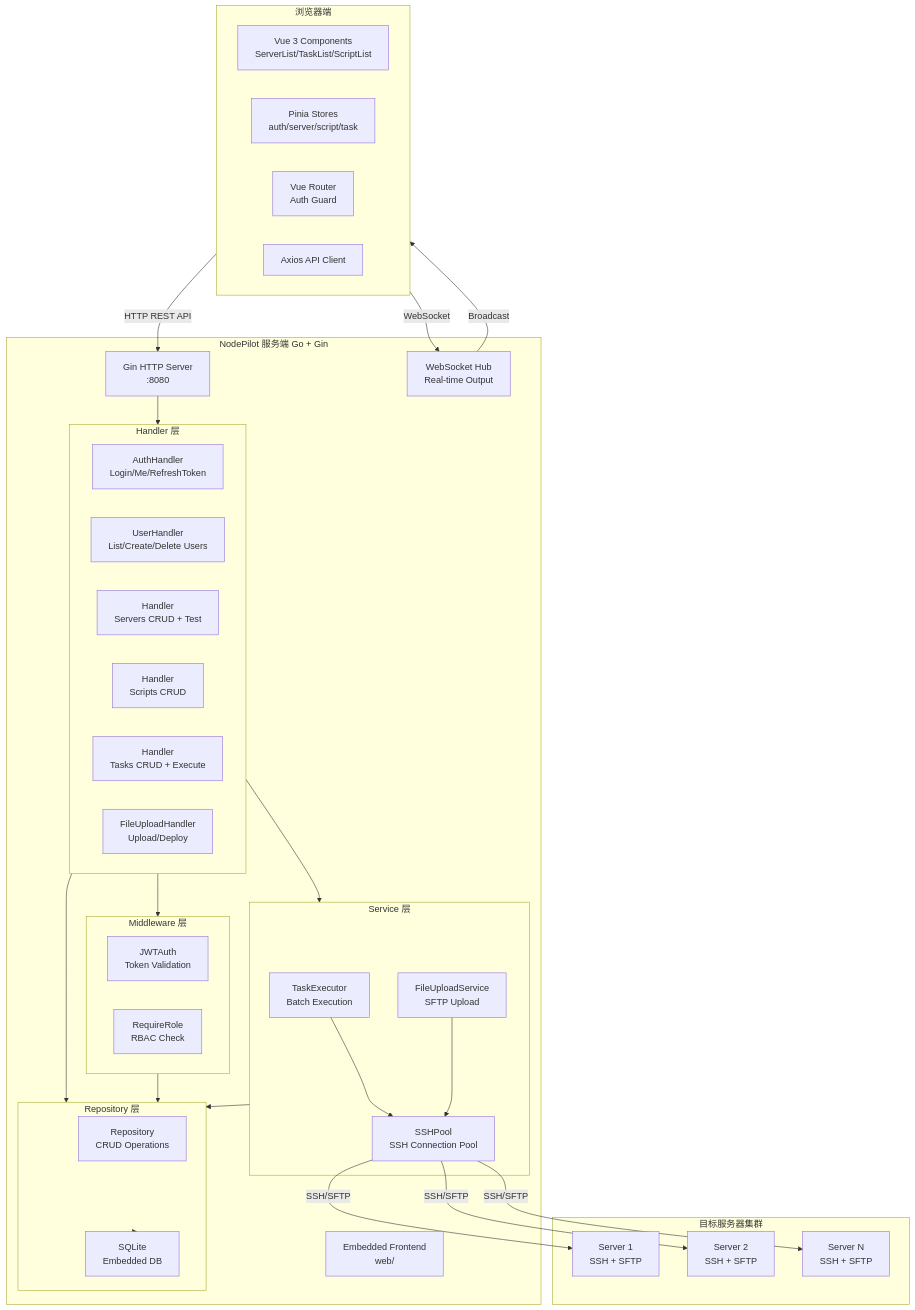
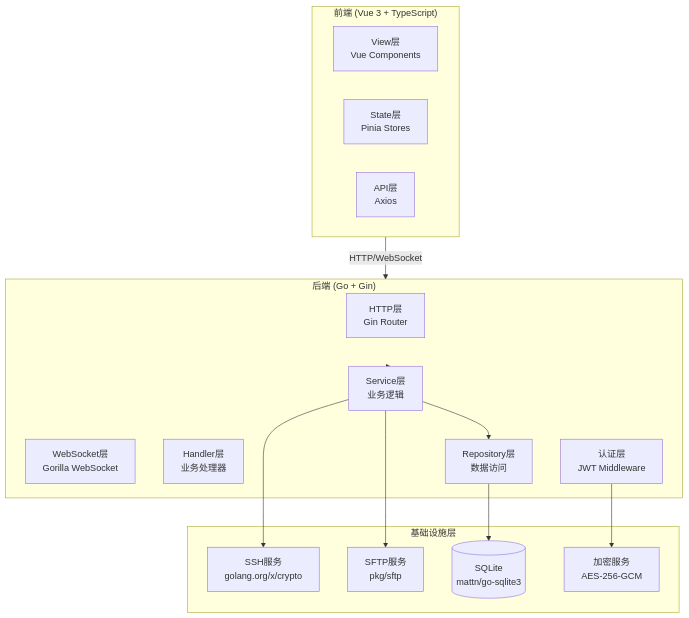
The first of 8 diagrams in docs/modules/node-pilot.md (gcggcg/node-pilot), drawn with Mermaid before and after one commit. The commit also changed other lines of this file and 35 other files, not shown here.

````diff
--- a/docs/modules/node-pilot.md
+++ b/docs/modules/node-pilot.md
@@ -68,62 +19,32 @@
 ```mermaid
 graph TB
-    subgraph Browser["浏览器端"]
-        UI["Vue 3 Components<br/>ServerList/TaskList/ScriptList"]
-        Store["Pinia Stores<br/>auth/server/script/task"]
-        Router["Vue Router<br/>Auth Guard"]
-        API["Axios API Client"]
+    subgraph Frontend["前端 (Vue 3 + TypeScript)"]
+        UI[View层<br/>Vue Components]
+        Stores[State层<br/>Pinia Stores]
+        API[API层<br/>Axios]
     end
 
-    subgraph Backend["NodePilot 服务端 Go + Gin"]
-        Gin["Gin HTTP Server<br/>:8080"]
-        WS["WebSocket Hub<br/>Real-time Output"]
-        Static["Embedded Frontend<br/>web/"]
-
-        subgraph Handlers["Handler 层"]
-            AuthH["AuthHandler<br/>Login/Me/RefreshToken"]
-            UserH["UserHandler<br/>List/Create/Delete Users"]
-            ServerH["Handler<br/>Servers CRUD + Test"]
-            ScriptH["Handler<br/>Scripts CRUD"]
-            TaskH["Handler<br/>Tasks CRUD + Execute"]
-            FileH["FileUploadHandler<br/>Upload/Deploy"]
-        end
-
-        subgraph Middleware["Middleware 层"]
-            JWTAuth["JWTAuth<br/>Token Validation"]
-            RequireRole["RequireRole<br/>RBAC Check"]
-        end
-
-        subgraph Services["Service 层"]
-            TaskSvc["TaskExecutor<br/>Batch Execution"]
-            SSHPool["SSHPool<br/>SSH Connection Pool"]
-            FileSvc["FileUploadService<br/>SFTP Upload"]
-        end
-
-        subgraph Repository["Repository 层"]
-            Repo["Repository<br/>CRUD Operations"]
-            DB["SQLite<br/>Embedded DB"]
-        end
+    subgraph Backend["后端 (Go + Gin)"]
+        HTTP[HTTP层<br/>Gin Router]
+        WS[WebSocket层<br/>Gorilla WebSocket]
+        Handler[Handler层<br/>业务处理器]
+        Service[Service层<br/>业务逻辑]
+        Repository[Repository层<br/>数据访问]
+        Auth[认证层<br/>JWT Middleware]
     end
 
-    subgraph Remote["目标服务器集群"]
-        S1["Server 1<br/>SSH + SFTP"]
-        S2["Server 2<br/>SSH + SFTP"]
-        SN["Server N<br/>SSH + SFTP"]
+    subgraph Infrastructure["基础设施层"]
+        SSH[SSH服务<br/>golang.org/x/crypto]
+        SFTP[SFTP服务<br/>pkg/sftp]
+        DB[(SQLite<br/>mattn/go-sqlite3)]
+        Crypto[加密服务<br/>AES-256-GCM]
     end
 
-    Browser --> |HTTP REST API| Gin
-    Browser --> |WebSocket| WS
-    Gin --> Handlers
-    Handlers --> Middleware
-    Handlers --> Services
-    Handlers --> Repository
-    Middleware --> Repository
-    Services --> Repository
+    Frontend -->|HTTP/WebSocket| Backend
+    Backend --> Service
+    Service --> Repository
+    Service --> SSH
+    Service --> SFTP
     Repository --> DB
-    TaskSvc --> SSHPool
-    SSHPool --> |SSH/SFTP| S1
-    SSHPool --> |SSH/SFTP| S2
-    SSHPool --> |SSH/SFTP| SN
-    FileSvc --> SSHPool
-    WS --> |Broadcast| Browser
+    Auth --> Crypto
 ```
````
